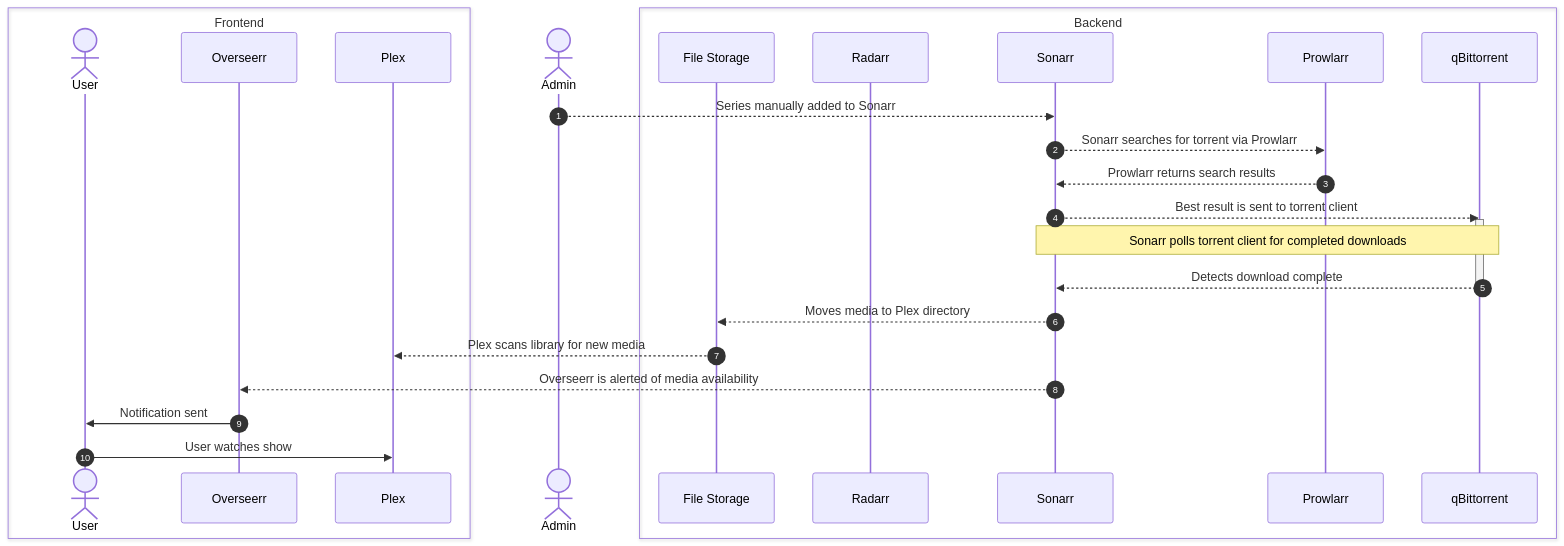
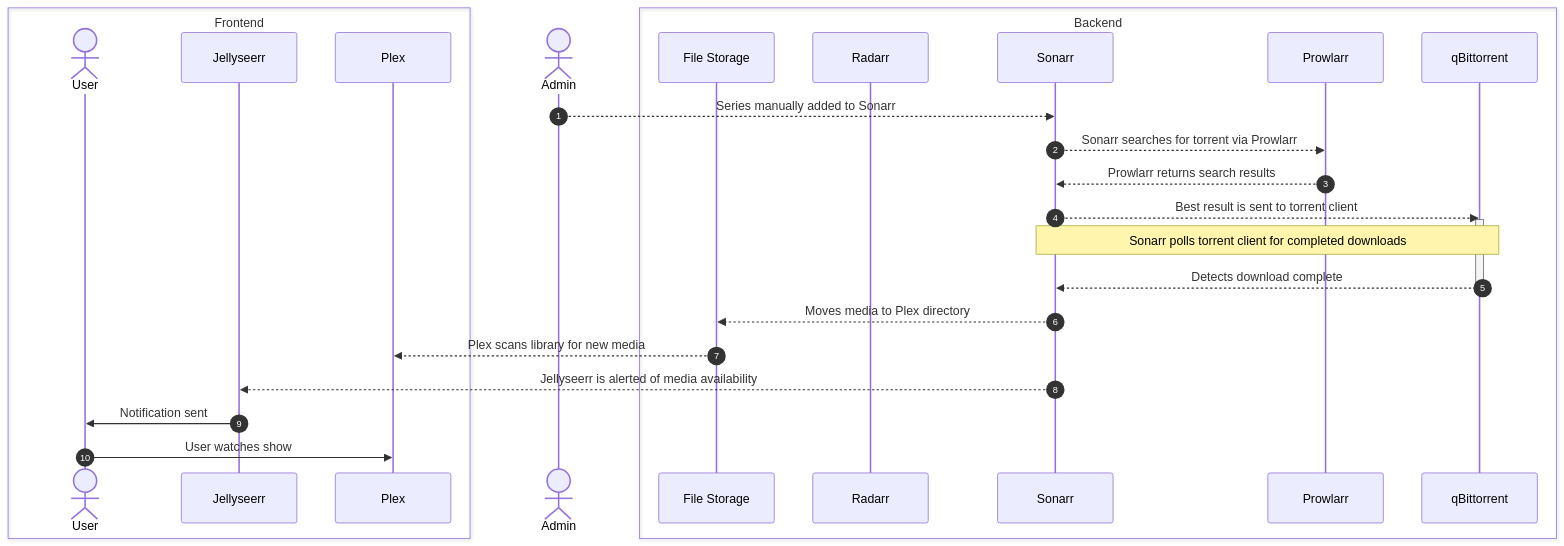
The third of 3 diagrams in docs/_info-for-nerds_draft.md (drewstopherlee/plex-docs), drawn with Mermaid before and after one commit. The commit also changed other lines of this file and 10 other files, not shown here.

````diff
--- a/docs/_info-for-nerds_draft.md
+++ b/docs/_info-for-nerds_draft.md
@@ -95,30 +95,30 @@
 ```mermaid
 sequenceDiagram
   autonumber
   box Frontend
   actor User
-  participant Overseerr
+  participant Jellyseerr
   participant Plex
   end
   actor Admin
   box Backend
   participant File Storage
   participant Radarr
   participant Sonarr
   participant Prowlarr
   participant qBittorrent
   end
   Admin-->>Sonarr: Series manually added to Sonarr
   Sonarr-->>Prowlarr: Sonarr searches for torrent via Prowlarr
   Prowlarr-->>Sonarr: Prowlarr returns search results
   Sonarr-->>qBittorrent: Best result is sent to torrent client
   activate qBittorrent
   Note over qBittorrent,Sonarr: Sonarr polls torrent client for completed downloads
   qBittorrent-->>Sonarr: Detects download complete
   deactivate qBittorrent
   Sonarr-->>File Storage: Moves media to Plex directory
   File Storage-->>Plex: Plex scans library for new media
-  Sonarr-->>Overseerr: Overseerr is alerted of media availability
-  Overseerr->>User: Notification sent
+  Sonarr-->>Jellyseerr: Jellyseerr is alerted of media availability
+  Jellyseerr->>User: Notification sent
   User->>Plex: User watches show
 ```
````
